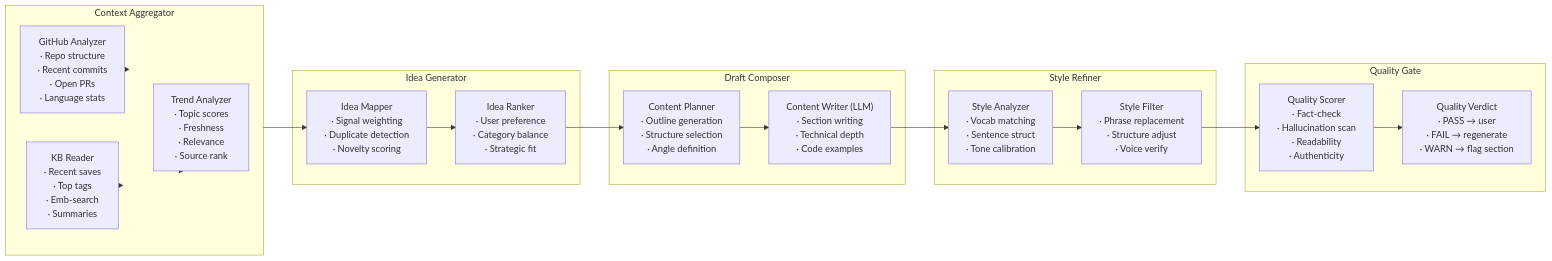
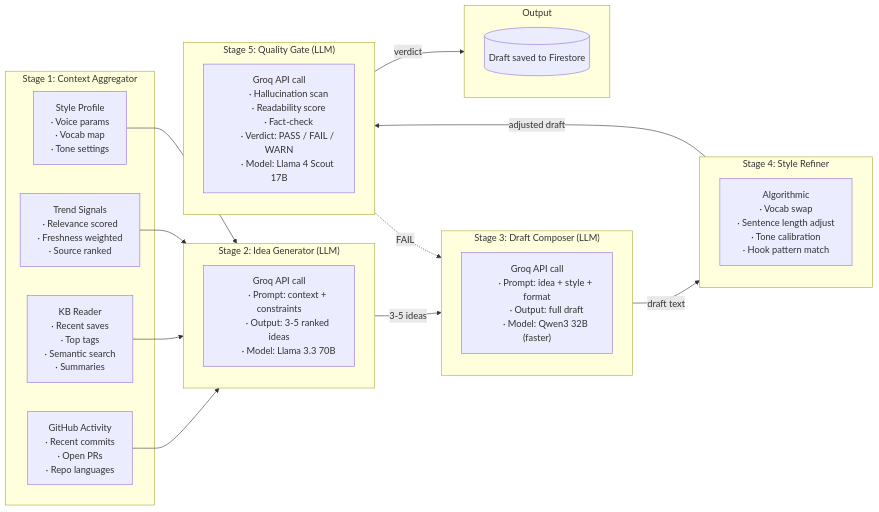
One commit to Blacksujit/AI-Brand-OS changed the fifth of 13 diagrams in docs/02_SYSTEM_ARCHITECTURE.md. Above: the diagram before and after it, drawn with Mermaid. The commit also changed other lines of this file and 50 other files, not shown here.

First line of the commit message:
docs: rewrite architecture docs for Firebase/TypeScript stack

````diff
--- a/docs/02_SYSTEM_ARCHITECTURE.md
+++ b/docs/02_SYSTEM_ARCHITECTURE.md
@@ -325,77 +430,68 @@
 ```mermaid
 flowchart LR
-  subgraph CONTEXT["Context Aggregator"]
-    GA["GitHub Analyzer
-        · Repo structure
+  subgraph CONTEXT["Stage 1: Context Aggregator"]
+    GA["GitHub Activity
         · Recent commits
         · Open PRs
-        · Language stats"]
+        · Repo languages"]
     KBR["KB Reader
-        · Recent saves
-        · Top tags
-        · Emb-search
-        · Summaries"]
-    TA["Trend Analyzer
-        · Topic scores
-        · Freshness
-        · Relevance
-        · Source rank"]
+         · Recent saves
+         · Top tags
+         · Semantic search
+         · Summaries"]
+    TA["Trend Signals
+        · Relevance scored
+        · Freshness weighted
+        · Source ranked"]
+    SP["Style Profile
+        · Voice params
+        · Vocab map
+        · Tone settings"]
   end
 
-  subgraph IDEATE["Idea Generator"]
-    IM["Idea Mapper
-        · Signal weighting
-        · Duplicate detection
-        · Novelty scoring"]
-    IR["Idea Ranker
-        · User preference
-        · Category balance
-        · Strategic fit"]
+  subgraph IDEATE["Stage 2: Idea Generator (LLM)"]
+    IG["Groq API call
+        · Prompt: context + constraints
+        · Output: 3-5 ranked ideas
+        · Model: Llama 3.3 70B"]
   end
 
-  subgraph COMPOSE["Draft Composer"]
-    CP["Content Planner
-        · Outline generation
-        · Structure selection
-        · Angle definition"]
-    CW["Content Writer (LLM)
-        · Section writing
-        · Technical depth
-        · Code examples"]
+  subgraph COMPOSE["Stage 3: Draft Composer (LLM)"]
+    DC["Groq API call
+        · Prompt: idea + style + format
+        · Output: full draft
+        · Model: Qwen3 32B (faster)"]
   end
 
-  subgraph STYLE_REF["Style Refiner"]
-    SA["Style Analyzer
-        · Vocab matching
-        · Sentence struct
-        · Tone calibration"]
-    SF["Style Filter
-        · Phrase replacement
-        · Structure adjust
-        · Voice verify"]
+  subgraph REFINE["Stage 4: Style Refiner"]
+    SR["Algorithmic
+        · Vocab swap
+        · Sentence length adjust
+        · Tone calibration
+        · Hook pattern match"]
   end
 
-  subgraph QUALITY["Quality Gate"]
-    QS["Quality Scorer
+  subgraph QUALITY["Stage 5: Quality Gate (LLM)"]
+    QG["Groq API call
+        · Hallucination scan
+        · Readability score
         · Fact-check
-        · Hallucination scan
-        · Readability
-        · Authenticity"]
-    QV["Quality Verdict
-        · PASS → user
-        · FAIL → regenerate
-        · WARN → flag section"]
+        · Verdict: PASS / FAIL / WARN
+        · Model: Llama 4 Scout 17B"]
   end
 
-  GA --> CONTEXT
-  KBR --> CONTEXT
-  TA --> CONTEXT
-  CONTEXT --> IM
-  IM --> IR
-  IR --> CP
-  CP --> CW
-  CW --> SA
-  SA --> SF
-  SF --> QS
-  QS --> QV
+  subgraph OUTPUT["Output"]
+    DRAFT[(Draft saved to Firestore)]
+  end
+
+  GA --> IDEATE
+  KBR --> IDEATE
+  TA --> IDEATE
+  SP --> IDEATE
+  IDEATE -->|3-5 ideas| COMPOSE
+  COMPOSE -->|draft text| REFINE
+  REFINE -->|adjusted draft| QUALITY
+  QUALITY -->|verdict| OUTPUT
+
+  QUALITY -.->|FAIL| COMPOSE
 ```
````
